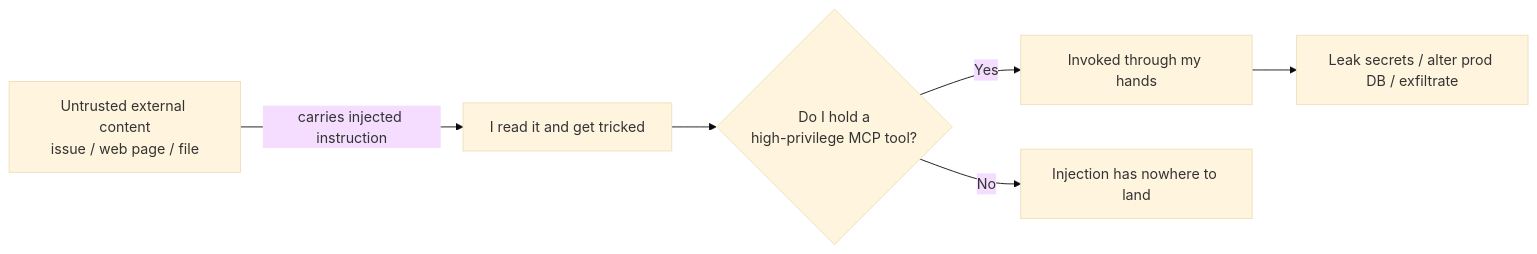
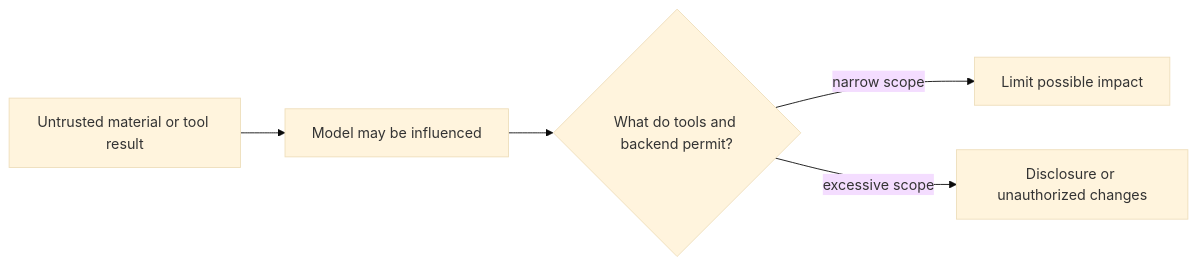
Before and after one commit to XuebinMa/AIWiki: the diagram in i18n/en/docusaurus-plugin-content-docs/current/00-setup-collaboration/mcp-over-access.mdx, drawn with Mermaid (base theme). The commit also changed other lines of this file and 325 other files, not shown here.

````diff
--- a/i18n/en/docusaurus-plugin-content-docs/current/00-setup-collaboration/mcp-over-access.mdx
+++ b/i18n/en/docusaurus-plugin-content-docs/current/00-setup-collaboration/mcp-over-access.mdx
@@ -48,8 +44,7 @@
 ```mermaid
 flowchart LR
-    A[Untrusted external content<br/>issue / web page / file] -->|carries injected instruction| B[I read it and get tricked]
-    B --> C{Do I hold a<br/>high-privilege MCP tool?}
-    C -->|Yes| D[Invoked through my hands]
-    C -->|No| E[Injection has nowhere to land]
-    D --> F[Leak secrets / alter prod DB / exfiltrate]
+    A[Untrusted material or tool result] --> B[Model may be influenced]
+    B --> C{What do tools and backend permit?}
+    C -->|narrow scope| D[Limit possible impact]
+    C -->|excessive scope| E[Disclosure or unauthorized changes]
 ```
````
